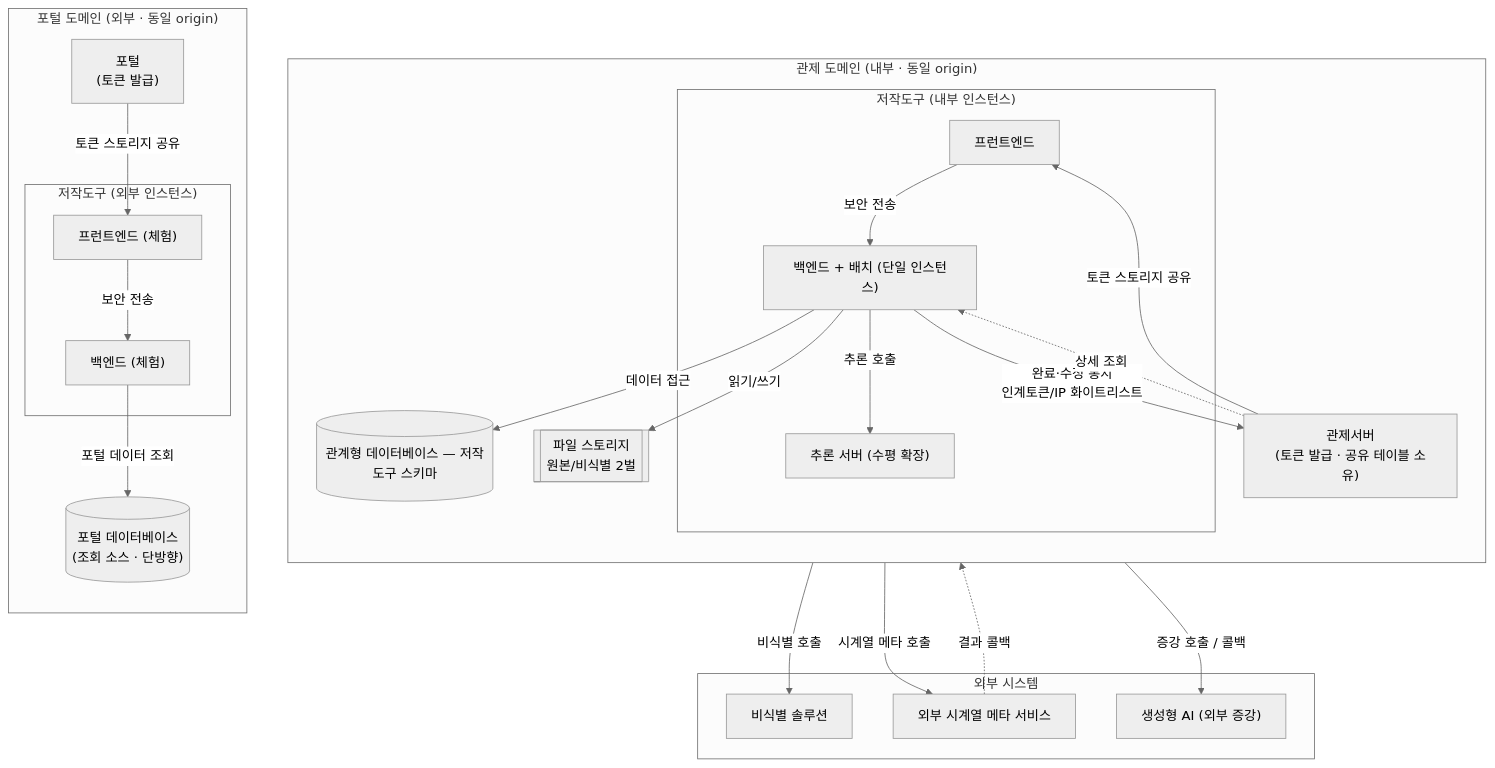
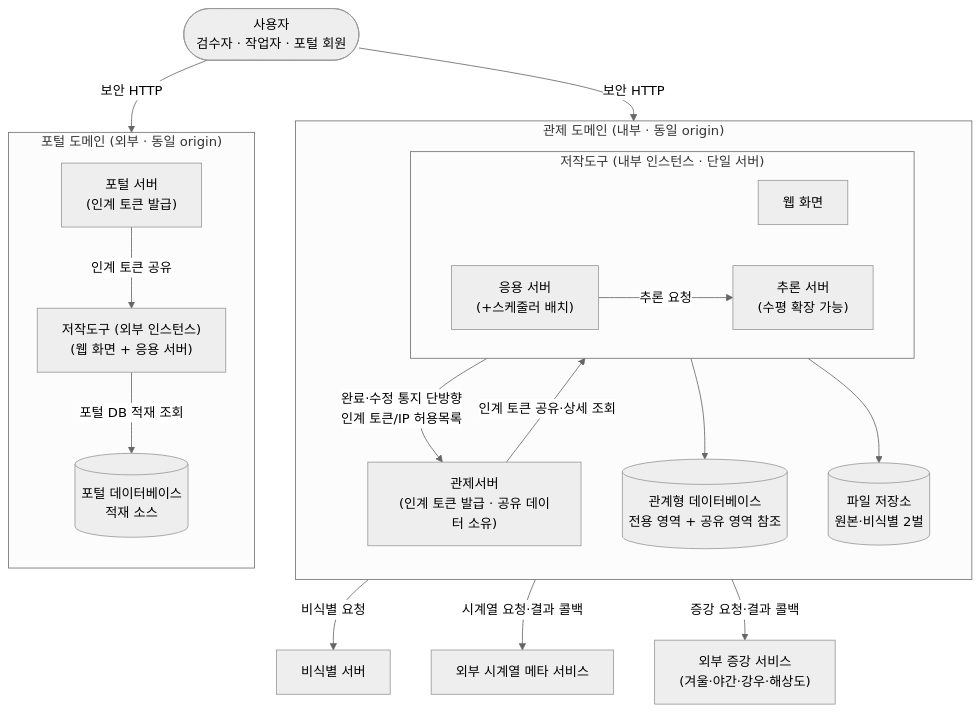
One commit to New-stella/klid-label changed the second of 2 diagrams in docs/design/D5-아키텍처설계서.md. Above: the diagram before and after it, drawn with Mermaid (neutral theme). The commit also changed other lines of this file and 10 other files, not shown here.

````diff
--- a/docs/design/D5-아키텍처설계서.md
+++ b/docs/design/D5-아키텍처설계서.md
@@ -137,46 +77,41 @@
 ```mermaid
 flowchart TB
+    USER(["사용자<br/>검수자 · 작업자 · 포털 회원"])
+
     subgraph INTERNAL["관제 도메인 (내부 · 동일 origin)"]
         direction TB
-        CTRL_SRV["관제서버<br/>(토큰 발급 · 공유 테이블 소유)"]
-        subgraph AT_INT["저작도구 (내부 인스턴스)"]
-            FE_I["프런트엔드"]
-            BE_I["백엔드 + 배치 (단일 인스턴스)"]
-            AI_I["추론 서버 (수평 확장)"]
+        CTRLSVR["관제서버<br/>(인계 토큰 발급 · 공유 데이터 소유)"]
+        subgraph AUTHIN["저작도구 (내부 인스턴스 · 단일 서버)"]
+            direction LR
+            FEIN["웹 화면"]
+            BEIN["응용 서버<br/>(+스케줄러 배치)"]
+            AIIN["추론 서버<br/>(수평 확장 가능)"]
         end
-        DB_I[("관계형 데이터베이스 — 저작도구 스키마")]
-        FS_I[["파일 스토리지<br/>원본/비식별 2벌"]]
+        DBIN[("관계형 데이터베이스<br/>전용 영역 + 공유 영역 참조")]
+        STORIN[("파일 저장소<br/>원본·비식별 2벌")]
     end
 
     subgraph EXTERNAL["포털 도메인 (외부 · 동일 origin)"]
         direction TB
-        PORTAL_SRV["포털<br/>(토큰 발급)"]
-        subgraph AT_EXT["저작도구 (외부 인스턴스)"]
-            FE_E["프런트엔드 (체험)"]
-            BE_E["백엔드 (체험)"]
-        end
-        DB_PORTAL[("포털 데이터베이스<br/>(조회 소스 · 단방향)")]
+        PORTALSVR["포털 서버<br/>(인계 토큰 발급)"]
+        AUTHEX["저작도구 (외부 인스턴스)<br/>(웹 화면 + 응용 서버)"]
+        DBPORTAL[("포털 데이터베이스<br/>적재 소스")]
     end
 
-    subgraph EXTSYS["외부 시스템"]
-        DEID["비식별 솔루션"]
-        VLM["외부 시계열 메타 서비스"]
-        AUG["생성형 AI (외부 증강)"]
-    end
+    DEID["비식별 서버"]
+    TSMETA["외부 시계열 메타 서비스"]
+    AUG["외부 증강 서비스<br/>(겨울·야간·강우·해상도)"]
 
-    CTRL_SRV -->|토큰 스토리지 공유| FE_I
-    FE_I -->|보안 전송| BE_I
-    BE_I -->|데이터 접근| DB_I
-    BE_I -->|읽기/쓰기| FS_I
-    BE_I -->|추론 호출| AI_I
-    BE_I -->|시계열 메타 호출| VLM
-    VLM -.->|결과 콜백| BE_I
-    BE_I -->|비식별 호출| DEID
-    BE_I -->|증강 호출 / 콜백| AUG
-    BE_I -->|완료·수정 통지<br/>인계토큰/IP 화이트리스트| CTRL_SRV
-    CTRL_SRV -.->|상세 조회| BE_I
-
-    PORTAL_SRV -->|토큰 스토리지 공유| FE_E
-    FE_E -->|보안 전송| BE_E
-    BE_E -->|포털 데이터 조회| DB_PORTAL
+    USER -->|보안 HTTP| FEIN
+    USER -->|보안 HTTP| AUTHEX
+    CTRLSVR -->|인계 토큰 공유·상세 조회| BEIN
+    BEIN -->|완료·수정 통지 단방향<br/>인계 토큰/IP 허용목록| CTRLSVR
+    PORTALSVR -->|인계 토큰 공유| AUTHEX
+    AUTHEX -->|포털 DB 적재 조회| DBPORTAL
+    BEIN --> DBIN
+    BEIN --> STORIN
+    BEIN -->|추론 요청| AIIN
+    BEIN -->|비식별 요청| DEID
+    BEIN -->|시계열 요청·결과 콜백| TSMETA
+    BEIN -->|증강 요청·결과 콜백| AUG
 ```
````
